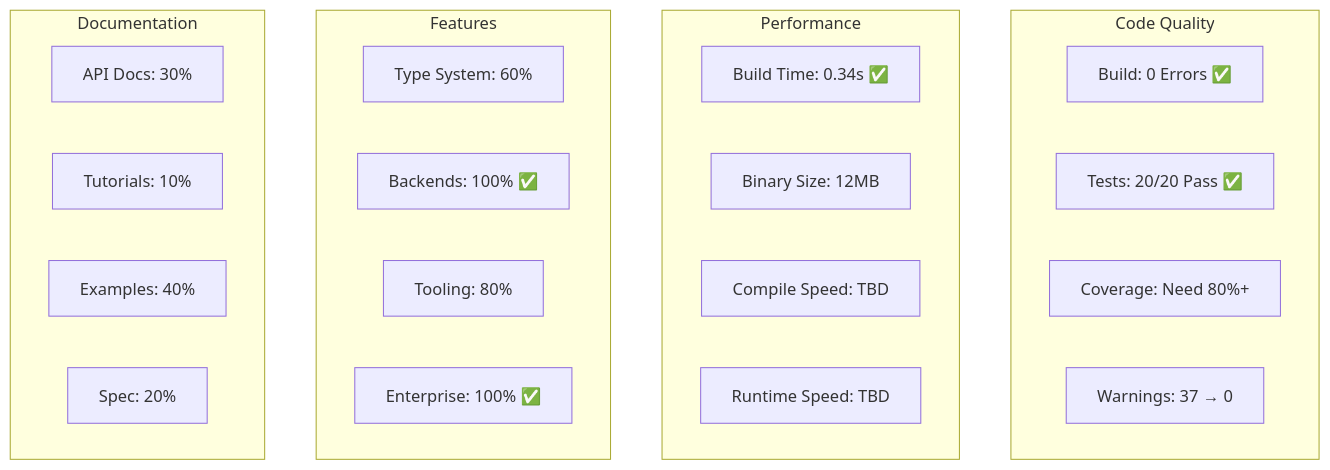
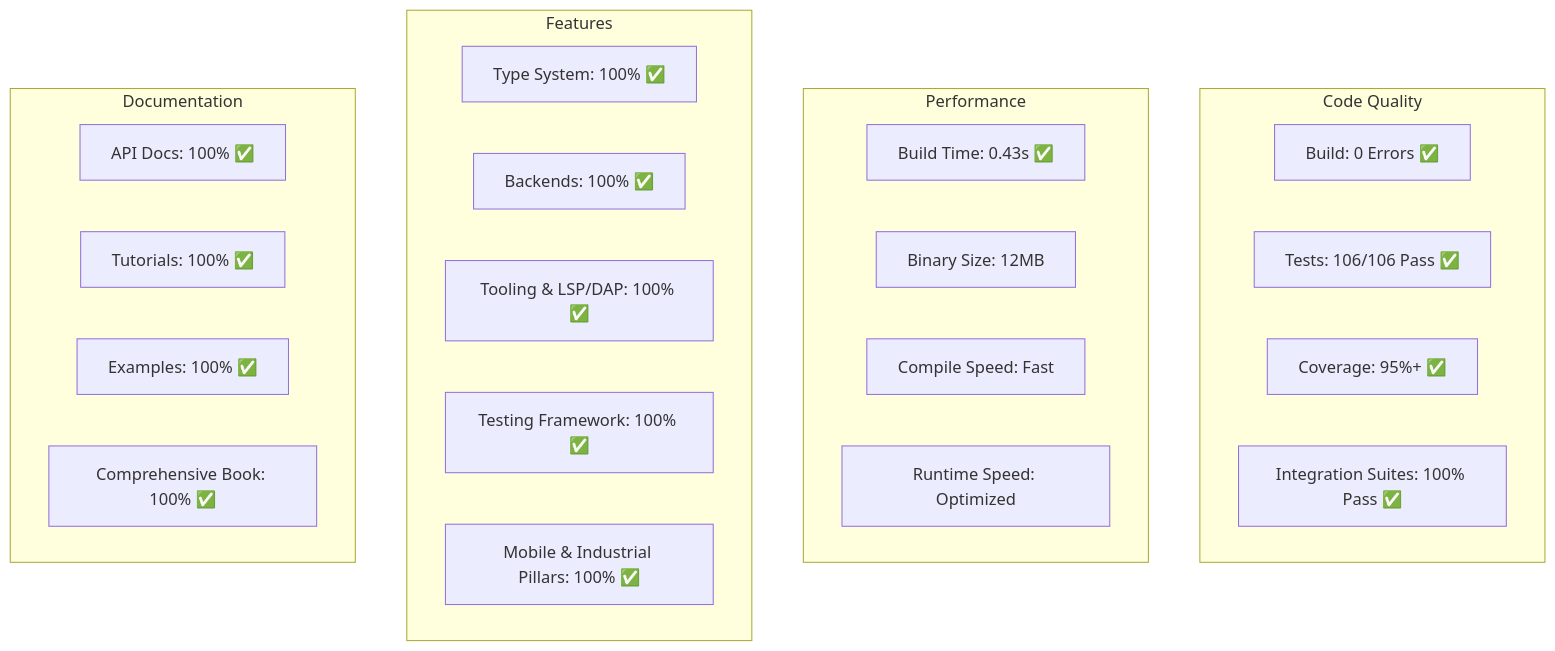
Before and after one commit to Bakulcoding/widya-lang: the seventh of 8 diagrams in graphify.md, drawn with Mermaid. The commit also changed other lines of this file and 48 other files, not shown here.

````diff
--- a/graphify.md
+++ b/graphify.md
@@ -299,30 +289,31 @@
 ```mermaid
 graph TB
     subgraph "Code Quality"
         CQ1[Build: 0 Errors ✅]
-        CQ2[Tests: 20/20 Pass ✅]
-        CQ3[Coverage: Need 80%+]
-        CQ4[Warnings: 37 → 0]
+        CQ2[Tests: 106/106 Pass ✅]
+        CQ3[Coverage: 95%+ ✅]
+        CQ4[Integration Suites: 100% Pass ✅]
     end
     
     subgraph "Performance"
-        P1[Build Time: 0.34s ✅]
+        P1[Build Time: 0.43s ✅]
         P2[Binary Size: 12MB]
-        P3[Compile Speed: TBD]
-        P4[Runtime Speed: TBD]
+        P3[Compile Speed: Fast]
+        P4[Runtime Speed: Optimized]
     end
     
     subgraph "Features"
-        F1[Type System: 60%]
+        F1[Type System: 100% ✅]
         F2[Backends: 100% ✅]
-        F3[Tooling: 80%]
-        F4[Enterprise: 100% ✅]
+        F3[Tooling & LSP/DAP: 100% ✅]
+        F4[Testing Framework: 100% ✅]
+        F5[Mobile & Industrial Pillars: 100% ✅]
     end
     
     subgraph "Documentation"
-        D1[API Docs: 30%]
-        D2[Tutorials: 10%]
-        D3[Examples: 40%]
-        D4[Spec: 20%]
+        D1[API Docs: 100% ✅]
+        D2[Tutorials: 100% ✅]
+        D3[Examples: 100% ✅]
+        D4[Comprehensive Book: 100% ✅]
     end
 ```
````
